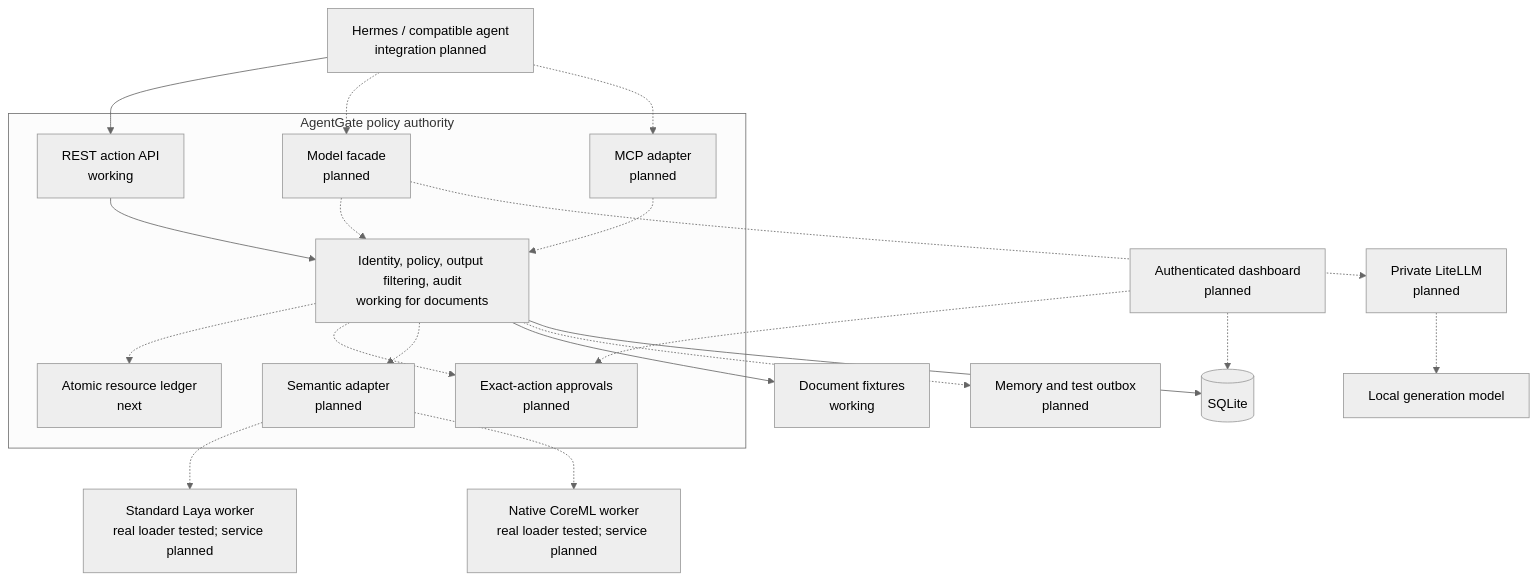
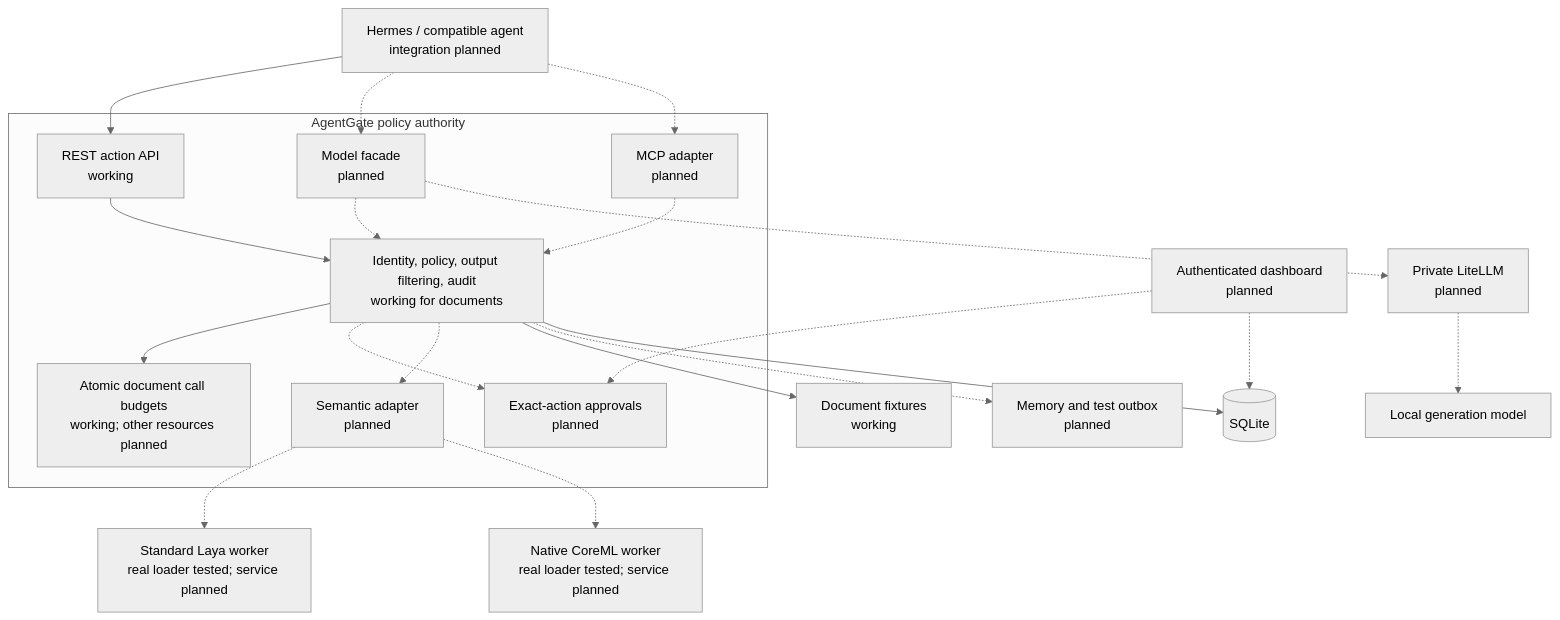
Before and after one commit to bsisduck/laya-layer: the second of 3 diagrams in docs/architecture.md, drawn with Mermaid (neutral theme). The commit also changed other lines of this file and 21 other files, not shown here.

Commit message:
Prevent concurrent document calls from exceeding shared budgets

````diff
--- a/docs/architecture.md
+++ b/docs/architecture.md
@@ -34,31 +35,31 @@
 ```mermaid
 flowchart TB
     Agent["Hermes / compatible agent<br/>integration planned"]
     subgraph Boundary["AgentGate policy authority"]
         REST["REST action API<br/>working"]
         Model["Model facade<br/>planned"]
         MCP["MCP adapter<br/>planned"]
         Core["Identity, policy, output filtering, audit<br/>working for documents"]
-        Budget["Atomic resource ledger<br/>next"]
+        Budget["Atomic document call budgets<br/>working; other resources planned"]
         Approval["Exact-action approvals<br/>planned"]
         Sem["Semantic adapter<br/>planned"]
     end
     Agent --> REST
     Agent -.-> Model
     Agent -.-> MCP
     REST --> Core
     Model -.-> Core
     MCP -.-> Core
-    Core -.-> Budget
+    Core --> Budget
     Core -.-> Approval
     Core -.-> Sem
     Sem -.-> Laya["Standard Laya worker<br/>real loader tested; service planned"]
     Sem -.-> Apple["Native CoreML worker<br/>real loader tested; service planned"]
     Core --> Docs["Document fixtures<br/>working"]
     Core -.-> Tools["Memory and test outbox<br/>planned"]
     Model -.-> Lite["Private LiteLLM<br/>planned"]
     Lite -.-> Local["Local generation model"]
     Core --> DB[("SQLite")]
     Admin["Authenticated dashboard<br/>planned"] -.-> DB
     Admin -.-> Approval
 ```
````
